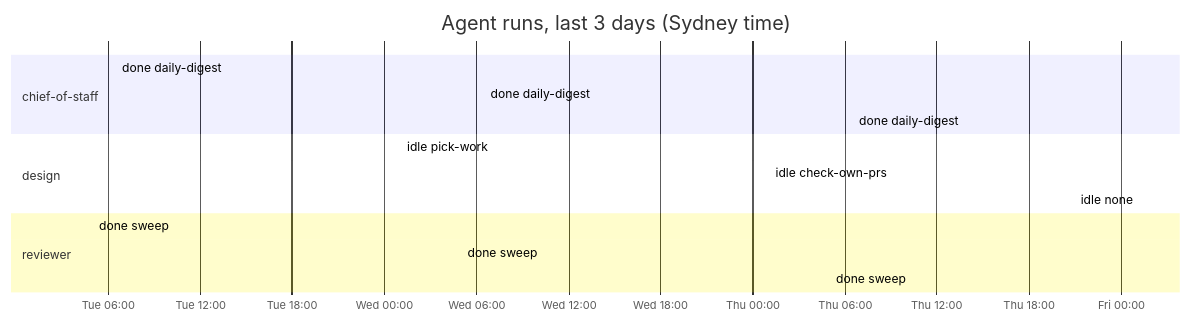
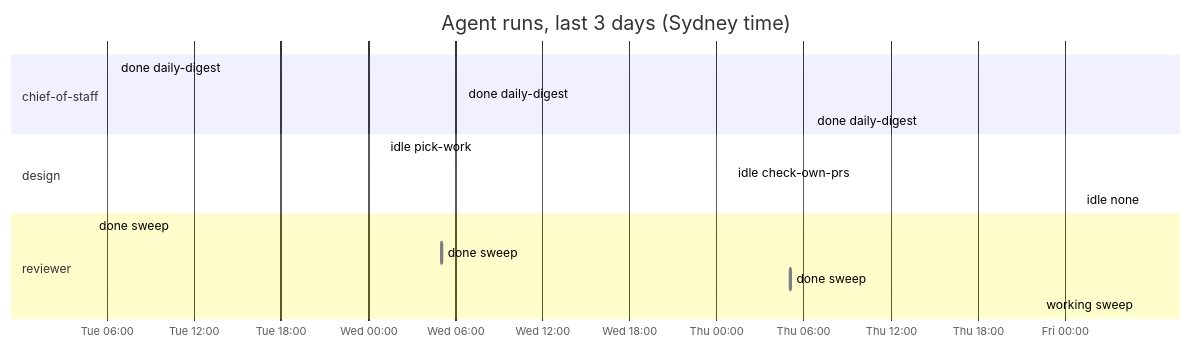
The diagram in dashboard.md (roulmediateam-byte/fifteen-expert-hq), drawn with Mermaid before and after one commit. The commit also changed other lines of this file and 1 other file, not shown here.

````diff
--- a/dashboard.md
+++ b/dashboard.md
@@ -54,18 +54,19 @@
 ```mermaid
 gantt
     title Agent runs, last 3 days (Sydney time)
     dateFormat YYYY-MM-DD HH:mm
     axisFormat %a %H:%M
     section chief-of-staff
     done daily-digest :done, 2026-11-24 06:35, 2026-11-24 06:37
     done daily-digest :done, 2026-11-25 06:34, 2026-11-25 06:35
     done daily-digest :done, 2026-11-26 06:35, 2026-11-26 06:36
     section design
     idle pick-work :done, 2026-11-25 01:09, 2026-11-25 01:09
     idle check-own-prs :done, 2026-11-26 01:09, 2026-11-26 01:09
     idle none :done, 2026-11-27 01:08, 2026-11-27 01:09
     section reviewer
     done sweep :done, 2026-11-24 05:05, 2026-11-24 05:06
     done sweep :done, 2026-11-25 05:04, 2026-11-25 05:05
     done sweep :done, 2026-11-26 05:05, 2026-11-26 05:06
+    working sweep :active, 2026-11-27 05:05, 2026-11-27 05:05
 ```
````
